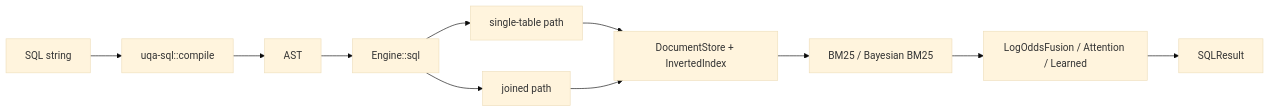
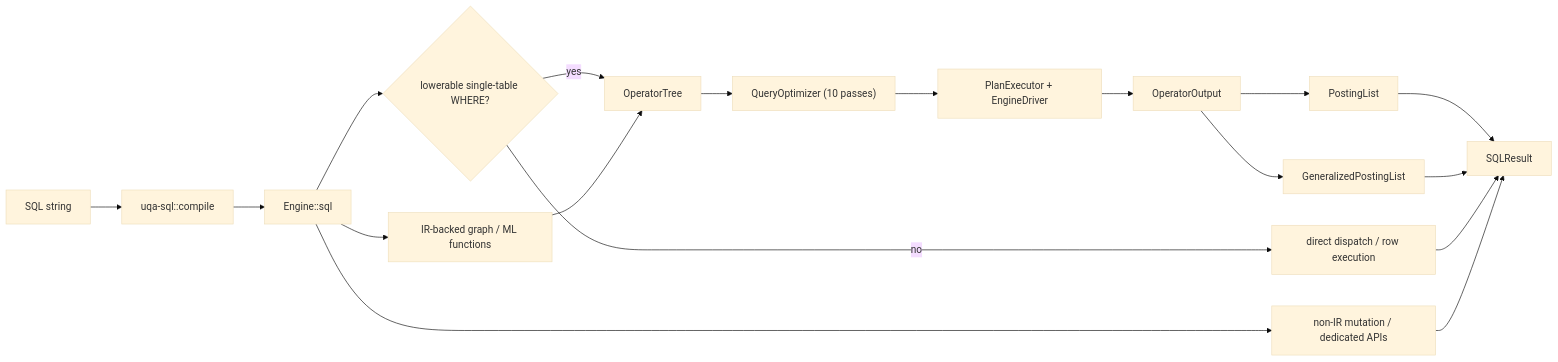
The second of 2 diagrams in docs/design/architecture.md (cognica-io/uqa-engine), drawn with Mermaid (base theme) before and after one commit. The commit also changed other lines of this file and 24 other files, not shown here.

Commit message:
Unify OperatorTree physical execution

````diff
--- a/docs/design/architecture.md
+++ b/docs/design/architecture.md
@@ -65,13 +65,20 @@
 ```mermaid
 flowchart LR
     SQL["SQL string"] --> Parse["uqa-sql::compile"]
-    Parse --> Plan["AST"]
-    Plan --> Engine["Engine::sql"]
-    Engine --> SinglePath["single-table path"]
-    Engine --> JoinPath["joined path"]
-    SinglePath --> Storage["DocumentStore + InvertedIndex"]
-    JoinPath --> Storage
-    Storage --> Score["BM25 / Bayesian BM25"]
-    Score --> Fuse["LogOddsFusion / Attention / Learned"]
-    Fuse --> Result["SQLResult"]
+    Parse --> Engine["Engine::sql"]
+    Engine --> Lowerable{"lowerable single-table WHERE?"}
+    Lowerable -->|yes| IR["OperatorTree"]
+    Engine --> IRBacked["IR-backed graph / ML functions"]
+    IRBacked --> IR
+    IR --> Optimize["QueryOptimizer (10 passes)"]
+    Optimize --> Execute["PlanExecutor + EngineDriver"]
+    Execute --> Output["OperatorOutput"]
+    Output --> Posting["PostingList"]
+    Output --> Generalized["GeneralizedPostingList"]
+    Lowerable -->|no| Direct["direct dispatch / row execution"]
+    Engine --> Dedicated["non-IR mutation / dedicated APIs"]
+    Posting --> Result["SQLResult"]
+    Generalized --> Result
+    Direct --> Result
+    Dedicated --> Result
 ```
````
